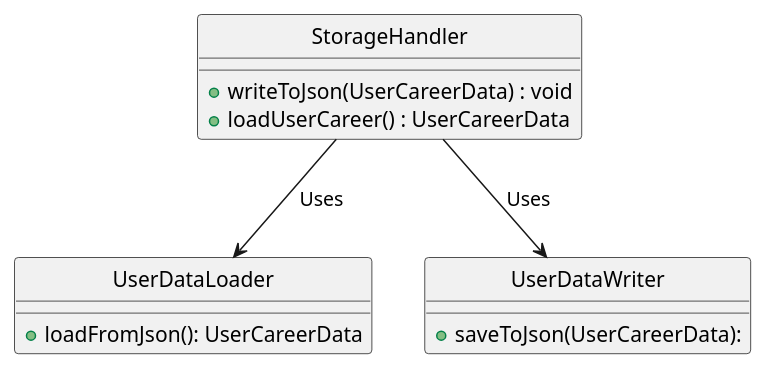
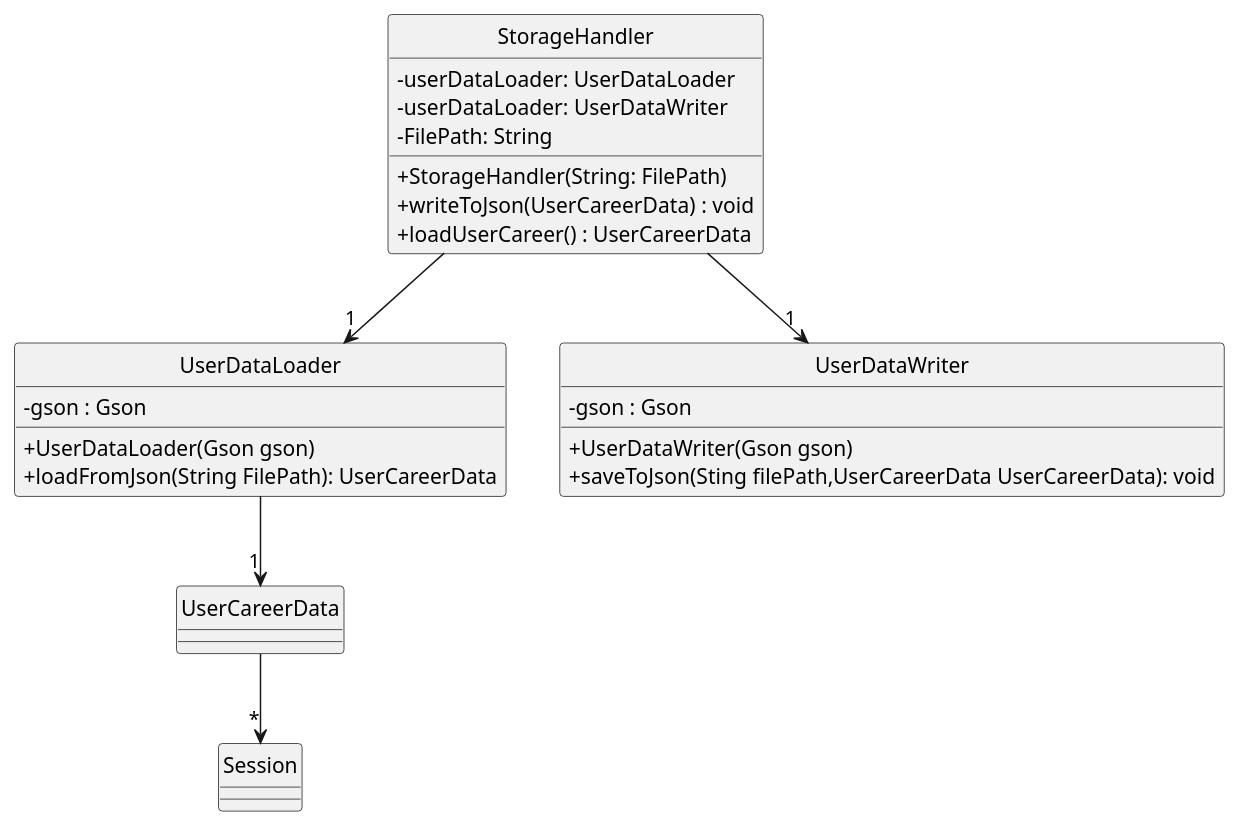
One commit to nus-cs2113-AY2223S2/tp changed the diagram in docs/UML/StorageHandler.puml. Above: the diagram before and after it, drawn with PlantUML. The commit also changed 4 other files, not shown here.

Commit message:
Improve class diagram

```diff
--- a/docs/UML/StorageHandler.puml
+++ b/docs/UML/StorageHandler.puml
@@ -1,22 +1,38 @@
 @startuml
-'https://plantuml.com/class-diagram
-
+skinparam classAttributeIconSize 0
 hide circle
 class StorageHandler{
+- userDataLoader: UserDataLoader
+- userDataLoader: UserDataWriter
+- FilePath: String
++ StorageHandler(String: FilePath)
 + writeToJson(UserCareerData) : void
 + loadUserCareer() : UserCareerData
 }
 
 class UserDataLoader{
-+ loadFromJson(): UserCareerData
+- gson : Gson
++ UserDataLoader(Gson gson)
++ loadFromJson(String FilePath): UserCareerData
 }
 
 class UserDataWriter{
-+ saveToJson(UserCareerData):
+- gson : Gson
++ UserDataWriter(Gson gson)
++ saveToJson(Sting filePath,UserCareerData UserCareerData): void
 }
 
-StorageHandler --> UserDataWriter : Uses
-StorageHandler --> UserDataLoader : Uses
+class UserCareerData{
+}
+
+class Session{
+}
+
+
+StorageHandler --> "1" UserDataWriter
+StorageHandler --> "1" UserDataLoader
+UserDataLoader --> "1" UserCareerData
+UserCareerData --> "*" Session
 
 
 @enduml
```
